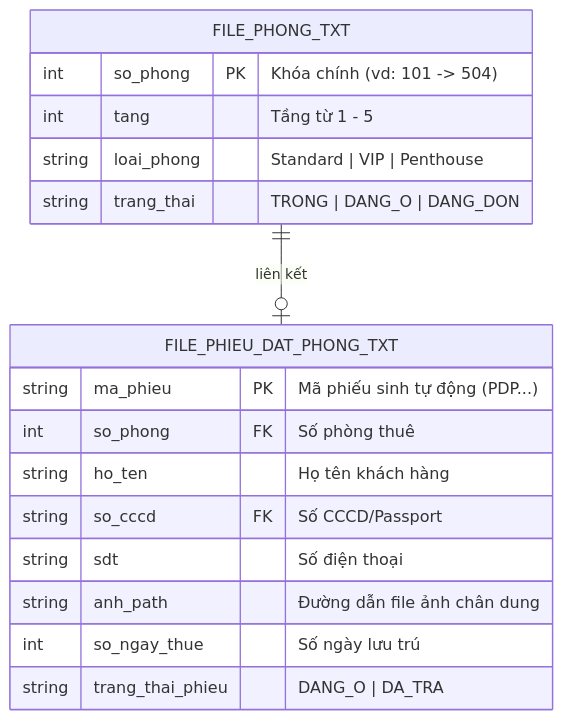
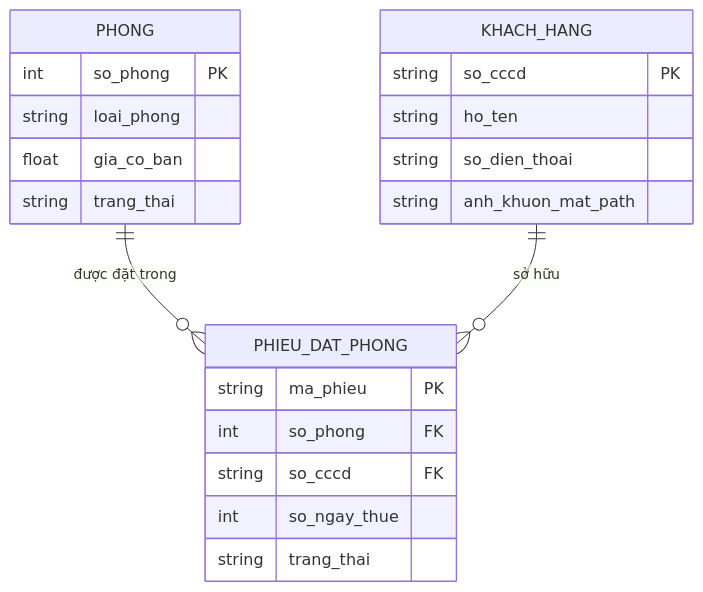
One commit to NNTTuan/HotelBookingSystem changed the diagram in docs/diagrams/erd_data_model.mmd. Above: the diagram before and after it, drawn with Mermaid. The commit also changed 7 other files, not shown here.

```diff
--- a/docs/diagrams/erd_data_model.mmd
+++ b/docs/diagrams/erd_data_model.mmd
@@ -1,20 +1,25 @@
 erDiagram
-    FILE_PHONG_TXT {
-        int so_phong PK "Khóa chính (vd: 101 -> 504)"
-        int tang "Tầng từ 1 - 5"
-        string loai_phong "Standard | VIP | Penthouse"
-        string trang_thai "TRONG | DANG_O | DANG_DON"
+    PHONG {
+        int so_phong PK
+        string loai_phong
+        float gia_co_ban
+        string trang_thai
     }
 
-    FILE_PHIEU_DAT_PHONG_TXT {
-        string ma_phieu PK "Mã phiếu sinh tự động (PDP...)"
-        int so_phong FK "Số phòng thuê"
-        string ho_ten "Họ tên khách hàng"
-        string so_cccd FK "Số CCCD/Passport"
-        string sdt "Số điện thoại"
-        string anh_path "Đường dẫn file ảnh chân dung"
-        int so_ngay_thue "Số ngày lưu trú"
-        string trang_thai_phieu "DANG_O | DA_TRA"
+    KHACH_HANG {
+        string so_cccd PK
+        string ho_ten
+        string so_dien_thoai
+        string anh_khuon_mat_path
     }
 
-    FILE_PHONG_TXT ||--o| FILE_PHIEU_DAT_PHONG_TXT : "liên kết"
+    PHIEU_DAT_PHONG {
+        string ma_phieu PK
+        int so_phong FK
+        string so_cccd FK
+        int so_ngay_thue
+        string trang_thai
+    }
+
+    PHONG ||--o{ PHIEU_DAT_PHONG : "được đặt trong"
+    KHACH_HANG ||--o{ PHIEU_DAT_PHONG : "sở hữu"
```
